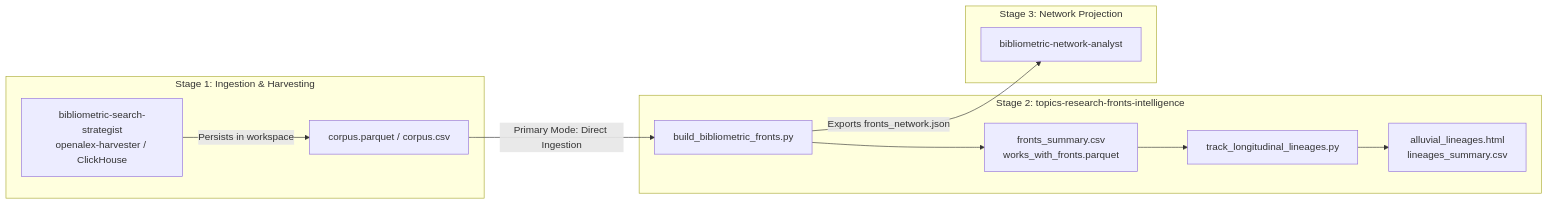
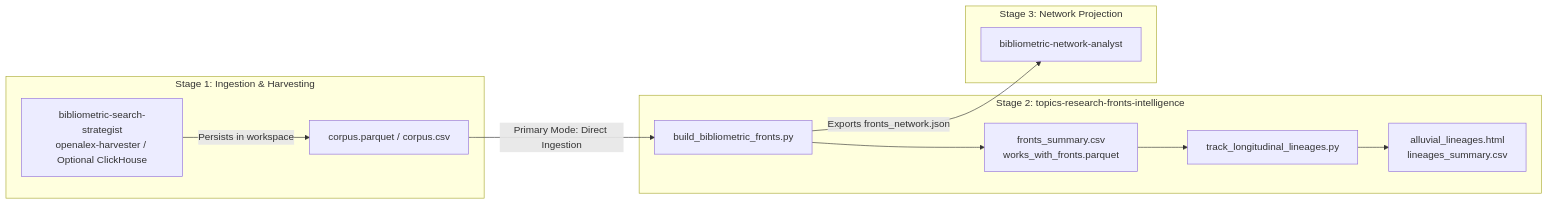
The first of 3 diagrams in .agents/skills/topics-research-fronts-intelligence/SKILL.md (chilti/sos-mcp-services), drawn with Mermaid before and after one commit. The commit also changed other lines of this file and 16 other files, not shown here.

````diff
--- a/.agents/skills/topics-research-fronts-intelligence/SKILL.md
+++ b/.agents/skills/topics-research-fronts-intelligence/SKILL.md
@@ -31,15 +31,15 @@
 ```mermaid
 flowchart LR
     subgraph Stage_1["Stage 1: Ingestion & Harvesting"]
-        H["bibliometric-search-strategist<br>openalex-harvester / ClickHouse"] -->|Persists in workspace| W["corpus.parquet / corpus.csv"]
+        H["bibliometric-search-strategist<br>openalex-harvester / Optional ClickHouse"] -->|Persists in workspace| W["corpus.parquet / corpus.csv"]
     end
     subgraph Stage_2["Stage 2: topics-research-fronts-intelligence"]
         W -->|Primary Mode: Direct Ingestion| F["build_bibliometric_fronts.py"]
         F --> S["fronts_summary.csv<br>works_with_fronts.parquet"]
         S --> L["track_longitudinal_lineages.py"]
         L --> A["alluvial_lineages.html<br>lineages_summary.csv"]
     end
     subgraph Visualization["Stage 3: Network Projection"]
         F -->|Exports fronts_network.json| V["bibliometric-network-analyst"]
     end
 ```
````
